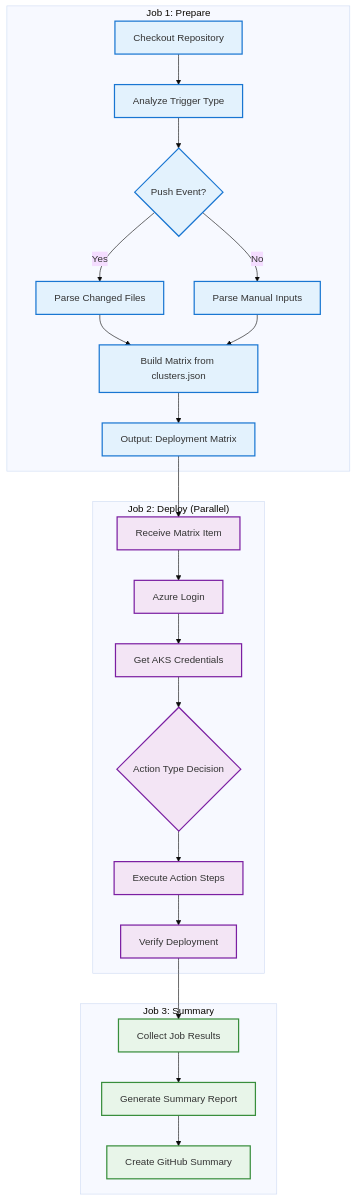
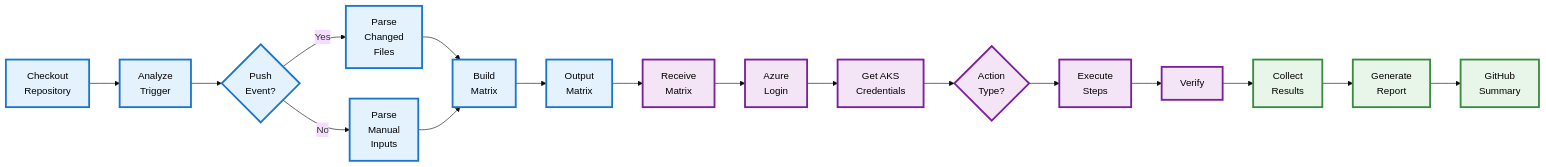
Before and after one commit to Kaarthiksoundappan/workflows: the third of 4 diagrams in wiz-deployment/workflow-guide.md, drawn with Mermaid (base theme). The commit also changed other lines of this file, not shown here.

First line of the commit message:
Improve flowchart readability with clearer fonts and layout

````diff
--- a/wiz-deployment/workflow-guide.md
+++ b/wiz-deployment/workflow-guide.md
@@ -152,36 +152,29 @@
 ```mermaid
-flowchart TD
-    subgraph "Job 1: Prepare"
-        J1A[Checkout Repository] --> J1B[Analyze Trigger Type]
-        J1B --> J1C{Push Event?}
-        J1C -->|Yes| J1D[Parse Changed Files]
-        J1C -->|No| J1E[Parse Manual Inputs]
-        J1D --> J1F[Build Matrix from clusters.json]
-        J1E --> J1F
-        J1F --> J1G[Output: Deployment Matrix]
-    end
+flowchart LR
+    J1A[Checkout<br/>Repository] --> J1B[Analyze<br/>Trigger]
+    J1B --> J1C{Push<br/>Event?}
+    J1C -->|Yes| J1D[Parse<br/>Changed<br/>Files]
+    J1C -->|No| J1E[Parse<br/>Manual<br/>Inputs]
+    J1D --> J1F[Build<br/>Matrix]
+    J1E --> J1F
+    J1F --> J1G[Output<br/>Matrix]
 
-    subgraph "Job 2: Deploy (Parallel)"
-        J2A[Receive Matrix Item] --> J2B[Azure Login]
-        J2B --> J2C[Get AKS Credentials]
-        J2C --> J2D{Action Type Decision}
-        J2D --> J2E[Execute Action Steps]
-        J2E --> J2F[Verify Deployment]
-    end
+    J1G --> J2A[Receive<br/>Matrix]
+    J2A --> J2B[Azure<br/>Login]
+    J2B --> J2C[Get AKS<br/>Credentials]
+    J2C --> J2D{Action<br/>Type?}
+    J2D --> J2E[Execute<br/>Steps]
+    J2E --> J2F[Verify]
 
-    subgraph "Job 3: Summary"
-        J3A[Collect Job Results] --> J3B[Generate Summary Report]
-        J3B --> J3C[Create GitHub Summary]
-    end
+    J2F --> J3A[Collect<br/>Results]
+    J3A --> J3B[Generate<br/>Report]
+    J3B --> J3C[GitHub<br/>Summary]
 
-    J1G --> J2A
-    J2F --> J3A
-
-    classDef job1 fill:#E3F2FD,stroke:#1976D2,stroke-width:2px
-    classDef job2 fill:#F3E5F5,stroke:#7B1FA2,stroke-width:2px
-    classDef job3 fill:#E8F5E9,stroke:#388E3C,stroke-width:2px
+    classDef job1 fill:#E3F2FD,stroke:#1976D2,stroke-width:3px,color:#000
+    classDef job2 fill:#F3E5F5,stroke:#7B1FA2,stroke-width:3px,color:#000
+    classDef job3 fill:#E8F5E9,stroke:#388E3C,stroke-width:3px,color:#000
 
     class J1A,J1B,J1C,J1D,J1E,J1F,J1G job1
     class J2A,J2B,J2C,J2D,J2E,J2F job2
     class J3A,J3B,J3C job3
 ```
````
